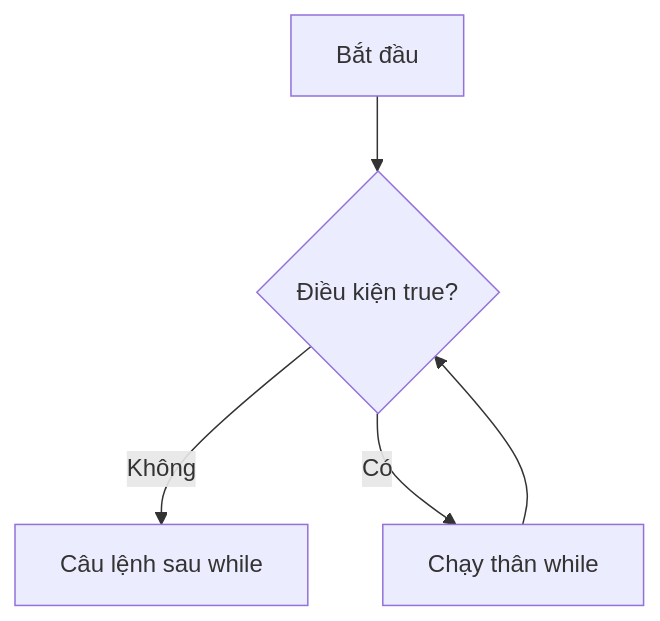
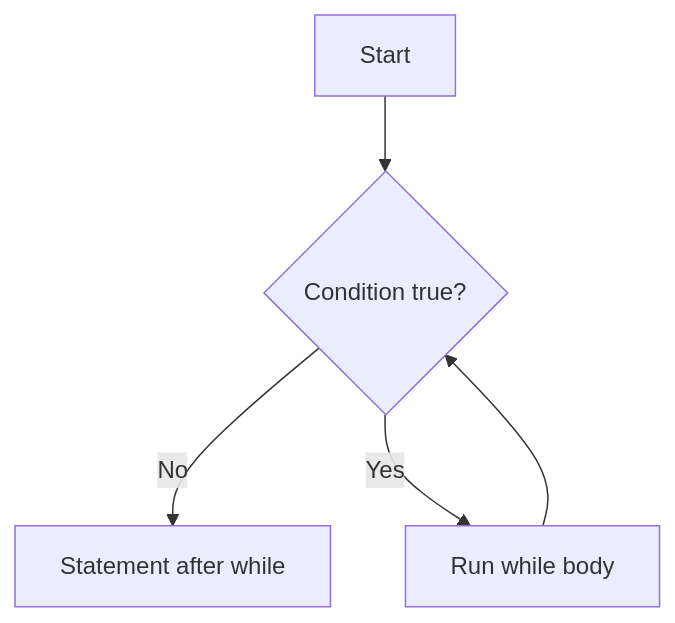
Before and after one commit to phuongnguyenit93/learning-platform-data: the diagram in module/platform/development/programming/language/java/core/language-basics/content/knowledge/en/22.loops/loops-001.md, drawn with Mermaid. The commit also changed other lines of this file and 2307 other files, not shown here.

```diff
--- a/module/platform/development/programming/language/java/core/language-basics/content/knowledge/en/22.loops/loops-001.md
+++ b/module/platform/development/programming/language/java/core/language-basics/content/knowledge/en/22.loops/loops-001.md
@@ -29,7 +29,7 @@
 ~~~mermaid
 flowchart TD
-    A["Bắt đầu"] --> B{"Điều kiện true?"}
-    B -- "Không" --> D["Câu lệnh sau while"]
-    B -- "Có" --> C["Chạy thân while"]
+    A["Start"] --> B{"Condition true?"}
+    B -- "No" --> D["Statement after while"]
+    B -- "Yes" --> C["Run while body"]
     C --> B
 ~~~
```
